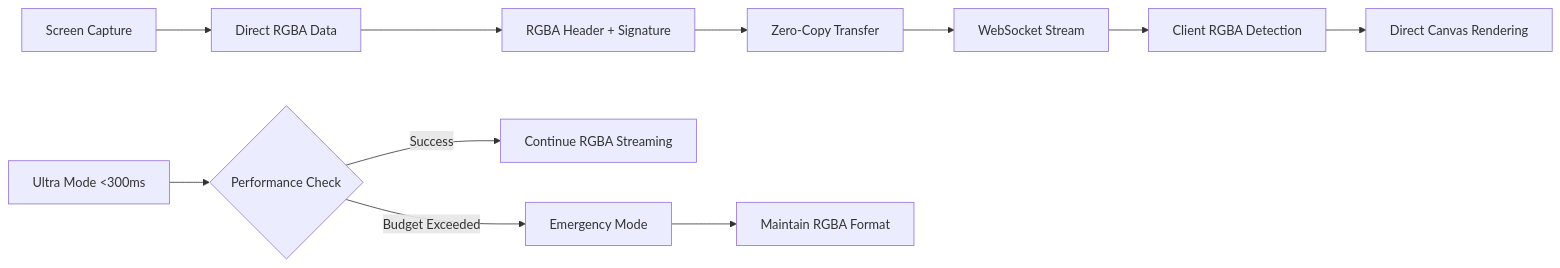
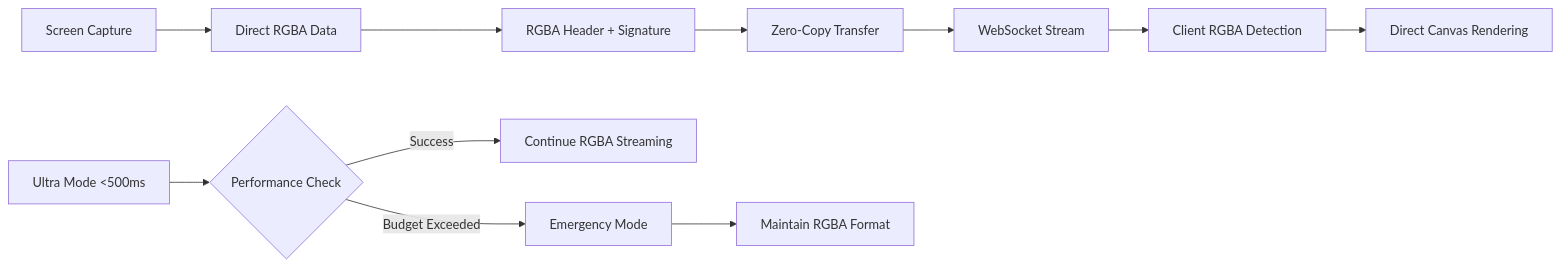
One commit to CLTSG/CLT-CLEVER-KVM changed the diagram in PULL_REQUEST_DESCRIPTION.md. Above: the diagram before and after it, drawn with Mermaid. The commit also changed other lines of this file and 1 other file, not shown here.

````diff
--- a/PULL_REQUEST_DESCRIPTION.md
+++ b/PULL_REQUEST_DESCRIPTION.md
@@ -42,14 +42,14 @@
 ```mermaid
 graph LR
     A[Screen Capture] --> B[Direct RGBA Data]
     B --> C[RGBA Header + Signature]
     C --> D[Zero-Copy Transfer]
     D --> E[WebSocket Stream]
     E --> F[Client RGBA Detection]
     F --> G[Direct Canvas Rendering]
     
-    H[Ultra Mode <300ms] --> I{Performance Check}
+    H[Ultra Mode <500ms] --> I{Performance Check}
     I -->|Success| J[Continue RGBA Streaming]
     I -->|Budget Exceeded| K[Emergency Mode]
     K --> L[Maintain RGBA Format]
 ```
````
